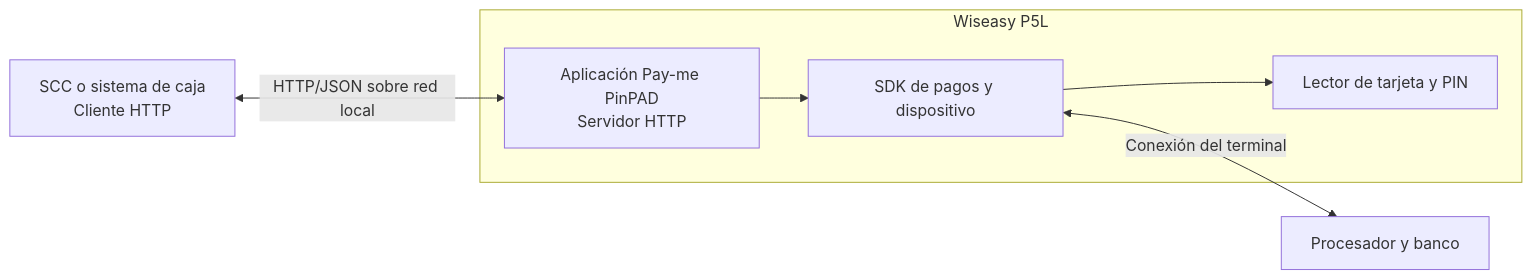
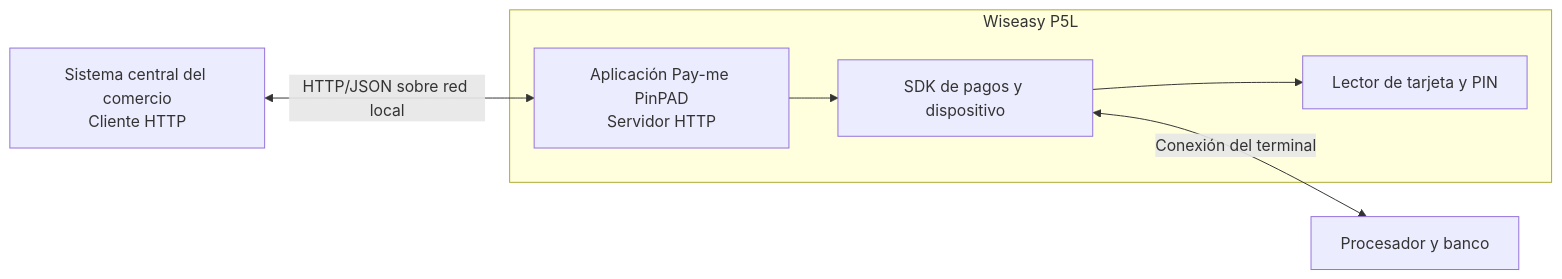
The diagram in procesamiento-fisico/alignet-transit/arquitectura-y-trazabilidad.mdx (alignet-docs/alignet-developers), drawn with Mermaid before and after one commit. The commit also changed other lines of this file and 21 other files, not shown here.

````diff
--- a/procesamiento-fisico/alignet-transit/arquitectura-y-trazabilidad.mdx
+++ b/procesamiento-fisico/alignet-transit/arquitectura-y-trazabilidad.mdx
@@ -9,17 +9,17 @@
 ```mermaid
 flowchart LR
-    SCC[SCC o sistema de caja<br/>Cliente HTTP]
+    CENTRAL[Sistema central del comercio<br/>Cliente HTTP]
 
     subgraph P5L[Wiseasy P5L]
         PINPAD[Aplicación Pay-me PinPAD<br/>Servidor HTTP]
         SDK[SDK de pagos y dispositivo]
         READER[Lector de tarjeta y PIN]
         PINPAD --> SDK
         SDK --> READER
     end
 
     PLATFORM[Procesador y banco]
 
-    SCC <-->|HTTP/JSON sobre red local| PINPAD
+    CENTRAL <-->|HTTP/JSON sobre red local| PINPAD
     SDK <-->|Conexión del terminal| PLATFORM
 ```
````
